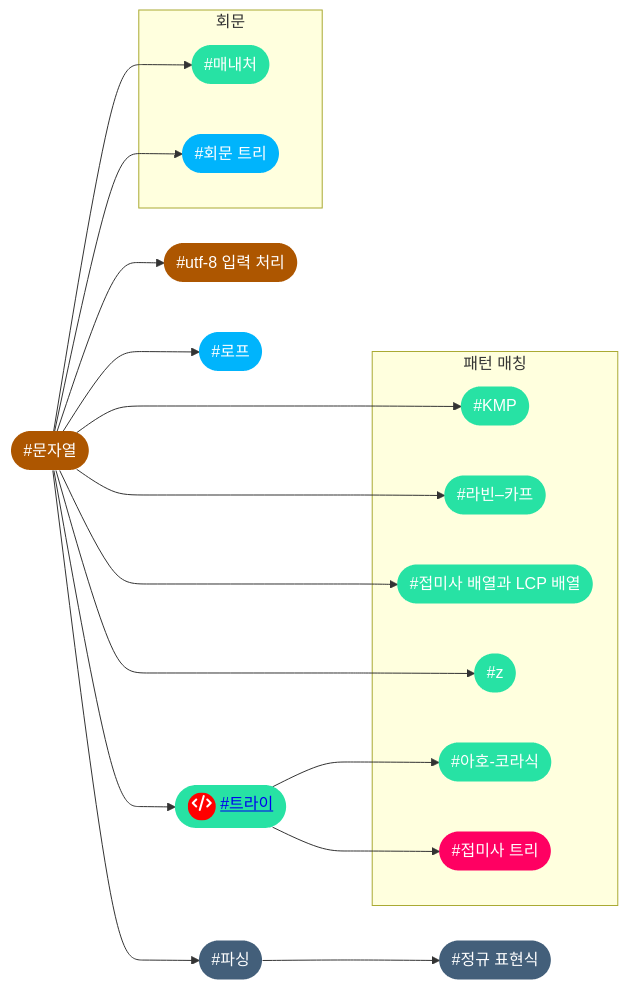
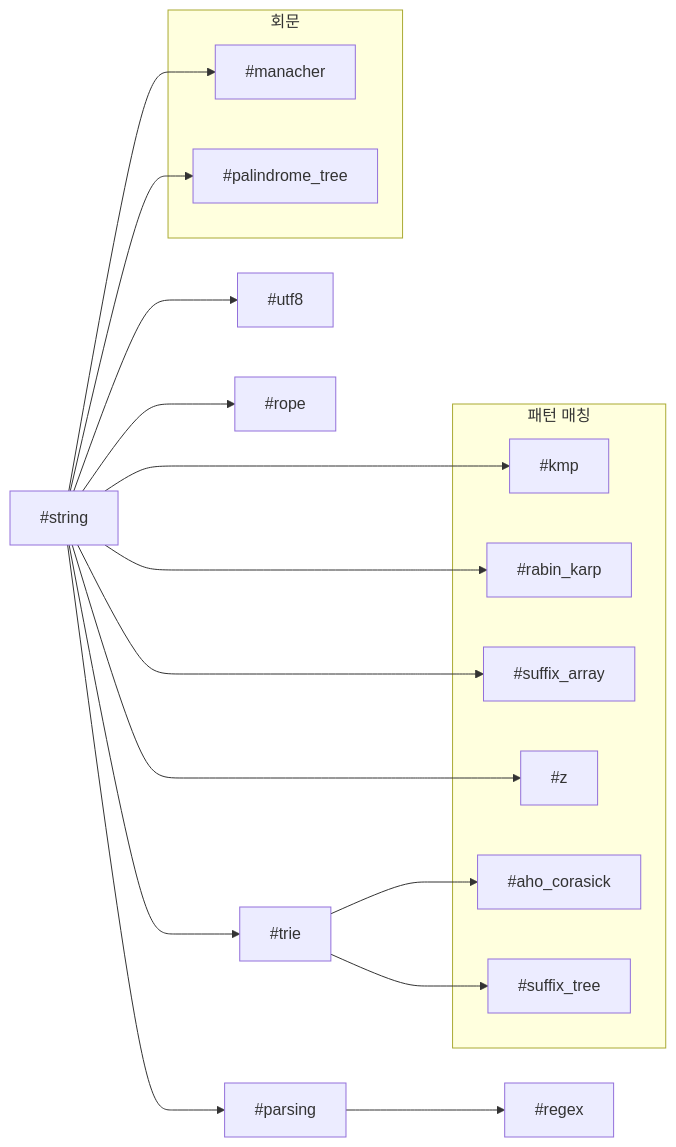
One commit to CHOYUNSIG/algorithm_with_boj changed the eighth of 17 diagrams in index.md. Above: the diagram before and after it, drawn with Mermaid. The commit also changed other lines of this file and 5 other files, not shown here.

```diff
--- a/index.md
+++ b/index.md
@@ -376,53 +248,31 @@
-<pre class="mermaid">
+<pre class="mermaid tag-connection-define">
     graph LR
 
     #string --> #utf8
     #string --> #manacher
     #string --> #palindrome_tree
     #string --> #rope
     #string --> #parsing
     #string --> #trie
     #string --> #kmp
     #string --> #rabin_karp
     #string --> #suffix_array
     #string --> #z
     #parsing --> #regex
     #trie --> #aho_corasick
     #trie --> #suffix_tree
 
     subgraph 회문
         #manacher
         #palindrome_tree
     end
 
     subgraph 패턴 매칭
         #aho_corasick
         #kmp
         #rabin_karp
         #suffix_array
         #suffix_tree
         #z
     end
-
-    #kmp(["#KMP"]):::tier3
-    #utf8(["#utf-8 입력 처리"]):::tier0
-    #z(["#z"]):::tier3
-    #rabin_karp(["#라빈–카프"]):::tier3
-    #rope(["#로프"]):::tier4
-    #manacher(["#매내처"]):::tier3
-    #string(["#문자열"]):::tier0
-    #aho_corasick(["#아호-코라식"]):::tier3
-    #suffix_array(["#접미사 배열과 LCP 배열"]):::tier3
-    #suffix_tree(["#접미사 트리"]):::tier5
-    #regex(["#정규 표현식"]):::tier1
-    #trie(["<span style="background-color: red; border-radius: 50%; display:inline-block; width:28px; height:28px">fa:fa-code</span> <a href="post/2024/01/03/trie.html">#트라이</a>"]):::tier3
-    #parsing(["#파싱"]):::tier1
-    #palindrome_tree(["#회문 트리"]):::tier4
-
-    classDef tier0 fill:#ad5600, color:#fff, stroke:#0000
-    classDef tier1 fill:#435f7a, color:#fff, stroke:#0000
-    classDef tier2 fill:#ec9a00, color:#fff, stroke:#0000
-    classDef tier3 fill:#27e2a4, color:#fff, stroke:#0000
-    classDef tier4 fill:#00b4fc, color:#fff, stroke:#0000
-    classDef tier5 fill:#ff0062, color:#fff, stroke:#0000
 </pre>
```
